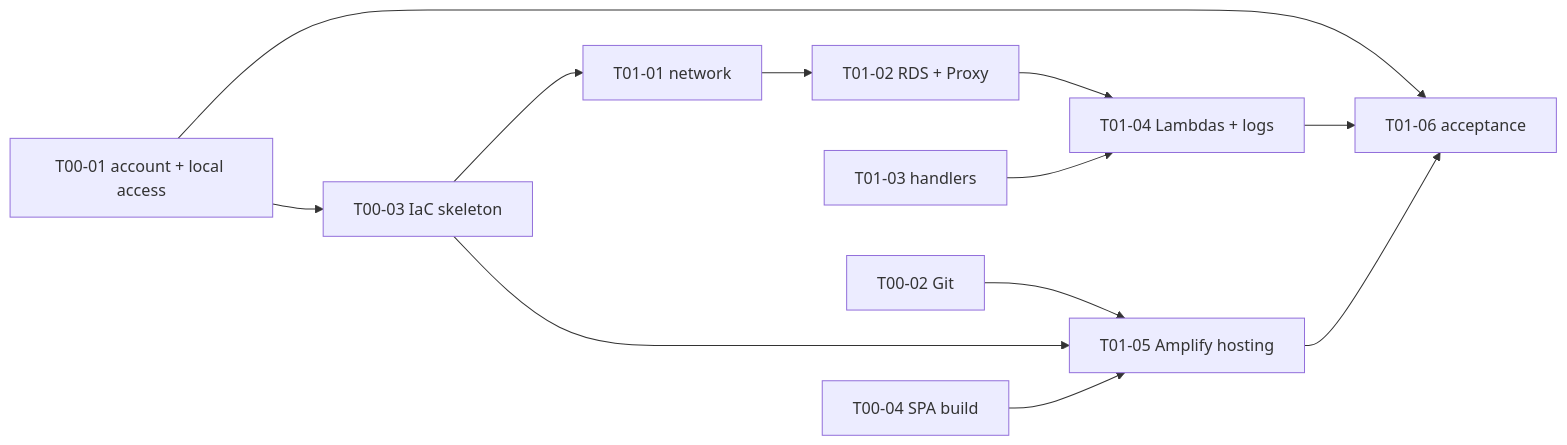
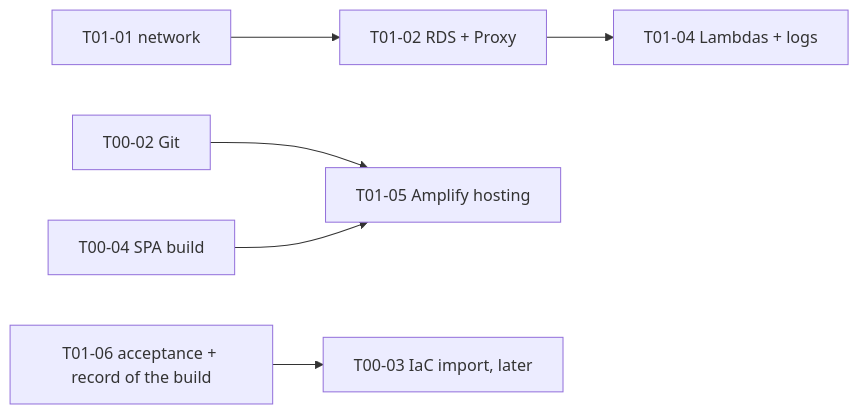
One commit to maxim-semenko/aws_challenge changed the first of 2 diagrams in docs/PLAN.md. Above: the diagram before and after it, drawn with Mermaid. The commit also changed other lines of this file and 27 other files, not shown here.

First line of the commit message:
docs: switch Lambdas to Python and record manual Week 1 build

````diff
--- a/docs/PLAN.md
+++ b/docs/PLAN.md
@@ -30,14 +35,8 @@
 ```mermaid
 flowchart LR
-    T0001[T00-01 account + local access] --> T0003[T00-03 IaC skeleton]
-    T0003 --> T0101[T01-01 network]
-    T0101 --> T0102[T01-02 RDS + Proxy]
+    T0101[T01-01 network] --> T0102[T01-02 RDS + Proxy]
     T0102 --> T0104[T01-04 Lambdas + logs]
-    T0103[T01-03 handlers] --> T0104
     T0002[T00-02 Git] --> T0105[T01-05 Amplify hosting]
-    T0003 --> T0105
     T0004[T00-04 SPA build] --> T0105
-    T0001 --> T0106[T01-06 acceptance]
-    T0104 --> T0106
-    T0105 --> T0106
+    T0106[T01-06 acceptance + record of the build] --> T0003[T00-03 IaC import, later]
 ```
````
